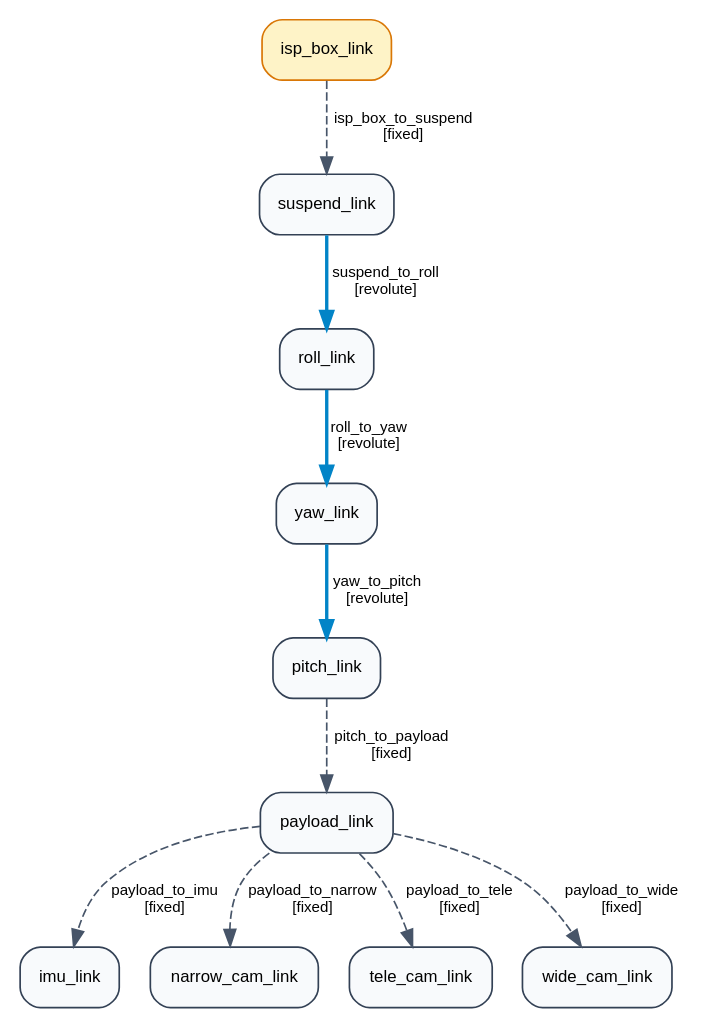
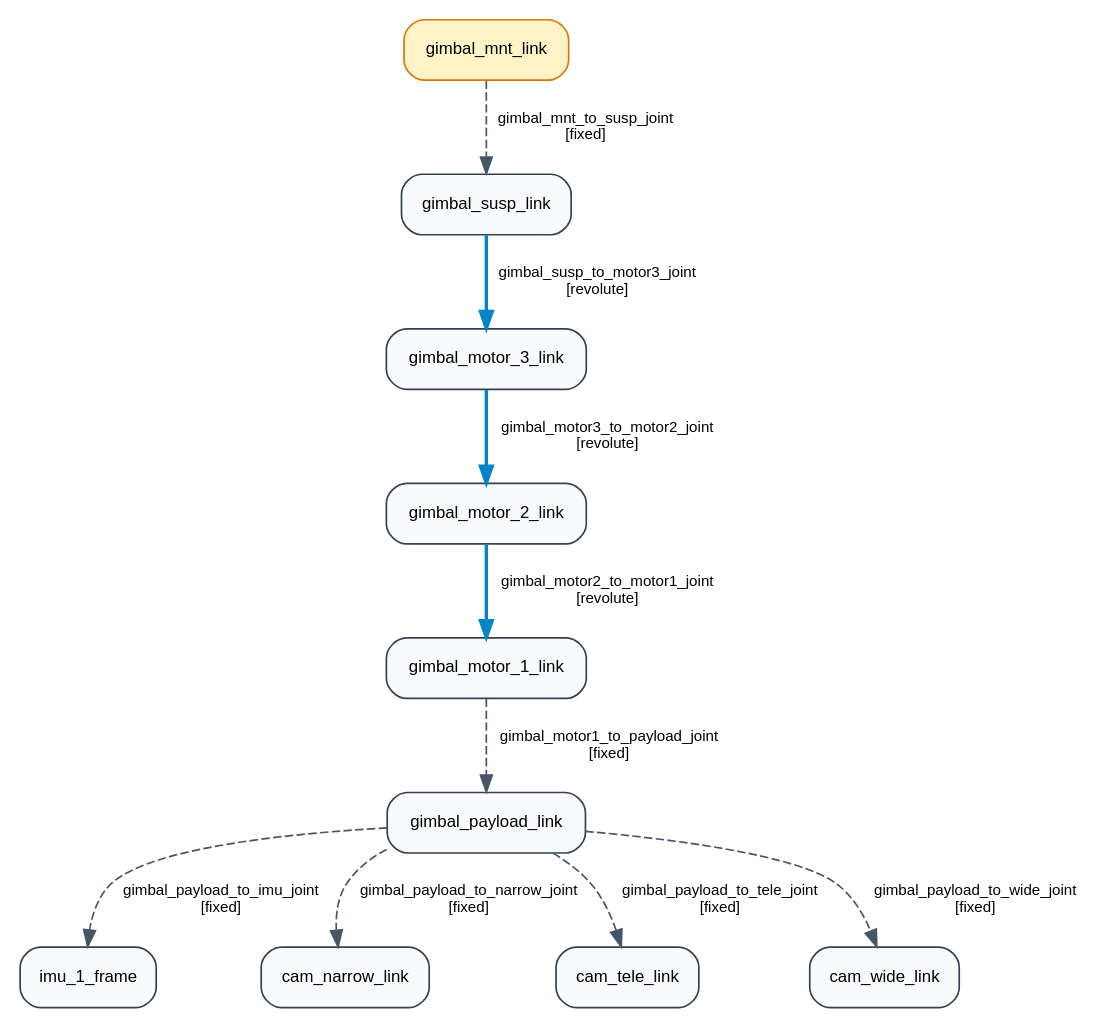
The diagram in output/03_cad_coordinate_alignment/virgo_gimbal_joint_graph.gv (KelvinHuang-ASUS/virgo-kinematics-verification), drawn with Graphviz before and after one commit. The commit also changed 16 other files, not shown here.

```diff
--- a/output/03_cad_coordinate_alignment/virgo_gimbal_joint_graph.gv
+++ b/output/03_cad_coordinate_alignment/virgo_gimbal_joint_graph.gv
@@ -1,26 +1,26 @@
 digraph G {
   rankdir=TB;
   node [fontname="Helvetica", fontsize=10, shape=box, style="filled,rounded"];
   edge [fontname="Helvetica", fontsize=9];
 
-  "isp_box_link" [fillcolor="#FEF3C7", color="#D97706", label="isp_box_link"];
-  "suspend_link" [fillcolor="#F8FAFC", color="#334155", label="suspend_link"];
-  "roll_link" [fillcolor="#F8FAFC", color="#334155", label="roll_link"];
-  "yaw_link" [fillcolor="#F8FAFC", color="#334155", label="yaw_link"];
-  "pitch_link" [fillcolor="#F8FAFC", color="#334155", label="pitch_link"];
-  "payload_link" [fillcolor="#F8FAFC", color="#334155", label="payload_link"];
-  "imu_link" [fillcolor="#F8FAFC", color="#334155", label="imu_link"];
-  "narrow_cam_link" [fillcolor="#F8FAFC", color="#334155", label="narrow_cam_link"];
-  "tele_cam_link" [fillcolor="#F8FAFC", color="#334155", label="tele_cam_link"];
-  "wide_cam_link" [fillcolor="#F8FAFC", color="#334155", label="wide_cam_link"];
+  "gimbal_mnt_link" [fillcolor="#FEF3C7", color="#D97706", label="gimbal_mnt_link"];
+  "gimbal_susp_link" [fillcolor="#F8FAFC", color="#334155", label="gimbal_susp_link"];
+  "gimbal_motor_3_link" [fillcolor="#F8FAFC", color="#334155", label="gimbal_motor_3_link"];
+  "gimbal_motor_2_link" [fillcolor="#F8FAFC", color="#334155", label="gimbal_motor_2_link"];
+  "gimbal_motor_1_link" [fillcolor="#F8FAFC", color="#334155", label="gimbal_motor_1_link"];
+  "gimbal_payload_link" [fillcolor="#F8FAFC", color="#334155", label="gimbal_payload_link"];
+  "imu_1_frame" [fillcolor="#F8FAFC", color="#334155", label="imu_1_frame"];
+  "cam_narrow_link" [fillcolor="#F8FAFC", color="#334155", label="cam_narrow_link"];
+  "cam_tele_link" [fillcolor="#F8FAFC", color="#334155", label="cam_tele_link"];
+  "cam_wide_link" [fillcolor="#F8FAFC", color="#334155", label="cam_wide_link"];
 
-  "isp_box_link" -> "suspend_link" [label="isp_box_to_suspend\n[fixed]", style="dashed", color="#475569"];
-  "suspend_link" -> "roll_link" [label="suspend_to_roll\n[revolute]", color="#0284C7", style="bold"];
-  "roll_link" -> "yaw_link" [label="roll_to_yaw\n[revolute]", color="#0284C7", style="bold"];
-  "yaw_link" -> "pitch_link" [label="yaw_to_pitch\n[revolute]", color="#0284C7", style="bold"];
-  "pitch_link" -> "payload_link" [label="pitch_to_payload\n[fixed]", style="dashed", color="#475569"];
-  "payload_link" -> "imu_link" [label="payload_to_imu\n[fixed]", style="dashed", color="#475569"];
-  "payload_link" -> "narrow_cam_link" [label="payload_to_narrow\n[fixed]", style="dashed", color="#475569"];
-  "payload_link" -> "tele_cam_link" [label="payload_to_tele\n[fixed]", style="dashed", color="#475569"];
-  "payload_link" -> "wide_cam_link" [label="payload_to_wide\n[fixed]", style="dashed", color="#475569"];
+  "gimbal_mnt_link" -> "gimbal_susp_link" [label="gimbal_mnt_to_susp_joint\n[fixed]", style="dashed", color="#475569"];
+  "gimbal_susp_link" -> "gimbal_motor_3_link" [label="gimbal_susp_to_motor3_joint\n[revolute]", color="#0284C7", style="bold"];
+  "gimbal_motor_3_link" -> "gimbal_motor_2_link" [label="gimbal_motor3_to_motor2_joint\n[revolute]", color="#0284C7", style="bold"];
+  "gimbal_motor_2_link" -> "gimbal_motor_1_link" [label="gimbal_motor2_to_motor1_joint\n[revolute]", color="#0284C7", style="bold"];
+  "gimbal_motor_1_link" -> "gimbal_payload_link" [label="gimbal_motor1_to_payload_joint\n[fixed]", style="dashed", color="#475569"];
+  "gimbal_payload_link" -> "imu_1_frame" [label="gimbal_payload_to_imu_joint\n[fixed]", style="dashed", color="#475569"];
+  "gimbal_payload_link" -> "cam_narrow_link" [label="gimbal_payload_to_narrow_joint\n[fixed]", style="dashed", color="#475569"];
+  "gimbal_payload_link" -> "cam_tele_link" [label="gimbal_payload_to_tele_joint\n[fixed]", style="dashed", color="#475569"];
+  "gimbal_payload_link" -> "cam_wide_link" [label="gimbal_payload_to_wide_joint\n[fixed]", style="dashed", color="#475569"];
 }
```
